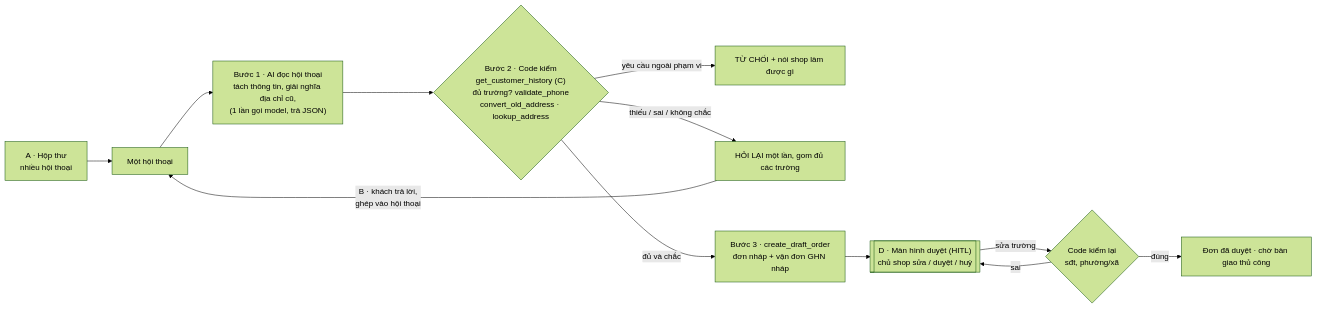
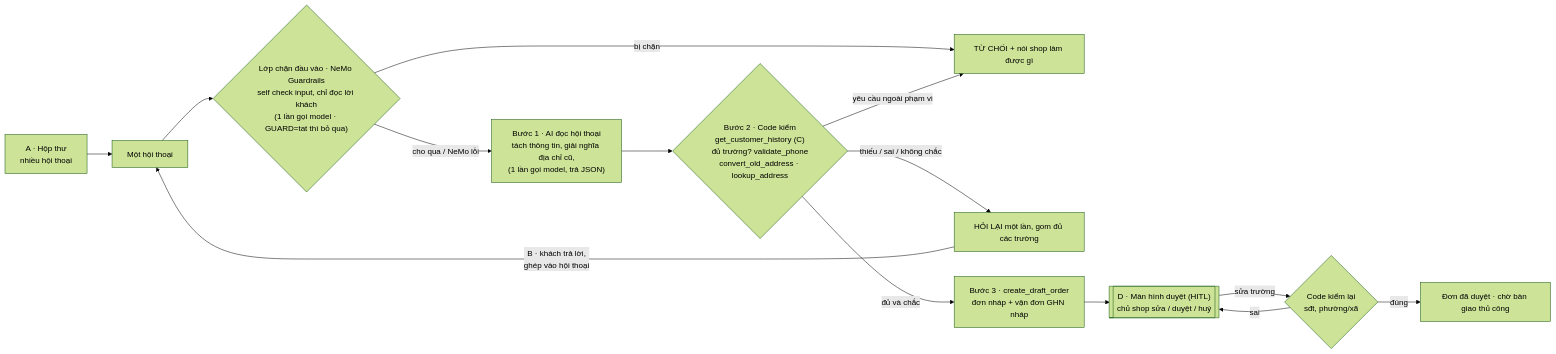
Before and after one commit to sybui2004/K5-Day15-L3B-J97: the diagram in spec.md, drawn with Mermaid (forest theme). The commit also changed other lines of this file and 3 other files, not shown here.

Commit message:
spec §4, §10, AGENTS, README: ghi lớp chặn NeMo Guardrails

````diff
--- a/spec.md
+++ b/spec.md
@@ -125,14 +125,16 @@
 ```mermaid
 flowchart LR
     IN["A · Hộp thư<br/>nhiều hội thoại"] --> A[Một hội thoại]
-    A --> B["Bước 1 · AI đọc hội thoại<br/>tách thông tin, giải nghĩa địa chỉ cũ,<br/>(1 lần gọi model, trả JSON)"]
+    A --> G{"Lớp chặn đầu vào · NeMo Guardrails<br/>self check input, chỉ đọc lời khách<br/>(1 lần gọi model · GUARD=tat thì bỏ qua)"}
+    G -- "bị chặn" --> R
+    G -- "cho qua / NeMo lỗi" --> B["Bước 1 · AI đọc hội thoại<br/>tách thông tin, giải nghĩa địa chỉ cũ,<br/>(1 lần gọi model, trả JSON)"]
     B --> C{"Bước 2 · Code kiểm<br/>get_customer_history (C)<br/>đủ trường? validate_phone<br/>convert_old_address · lookup_address"}
     C -- "yêu cầu ngoài phạm vi" --> R[TỪ CHỐI + nói shop làm được gì]
     C -- "thiếu / sai / không chắc" --> H[HỎI LẠI một lần, gom đủ các trường]
     H -- "B · khách trả lời,<br/>ghép vào hội thoại" --> A
     C -- "đủ và chắc" --> D["Bước 3 · create_draft_order<br/>đơn nháp + vận đơn GHN nháp"]
     D --> P[["D · Màn hình duyệt (HITL)<br/>chủ shop sửa / duyệt / huỷ"]]
     P -- "sửa trường" --> K{"Code kiểm lại<br/>sđt, phường/xã"}
     K -- "sai" --> P
     K -- "đúng" --> OK[Đơn đã duyệt · chờ bàn giao thủ công]
 ```
````
